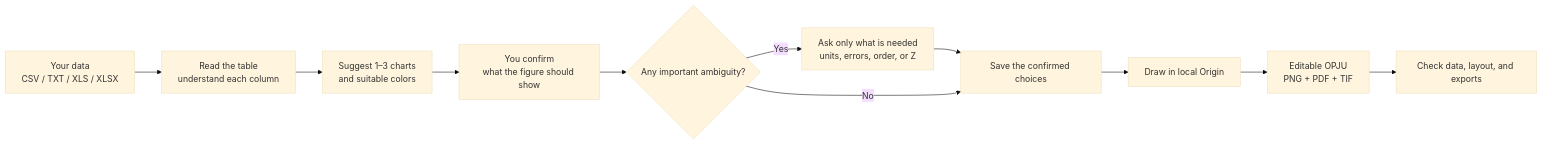
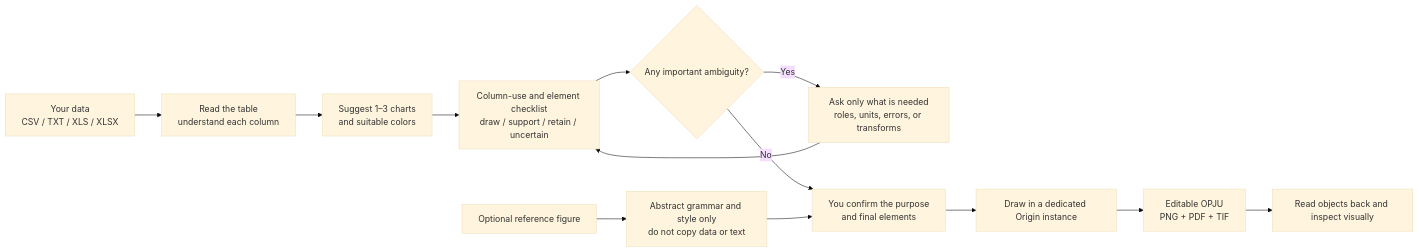
The diagram in README.en.md (hang-jin/editaplot), drawn with Mermaid (base theme) before and after one commit. The commit also changed other lines of this file and 81 other files, not shown here.

````diff
--- a/README.en.md
+++ b/README.en.md
@@ -28,13 +29,15 @@
 ```mermaid
 flowchart LR
     A["Your data<br>CSV / TXT / XLS / XLSX"] --> B["Read the table<br>understand each column"]
     B --> C["Suggest 1–3 charts<br>and suitable colors"]
-    C --> D["You confirm<br>what the figure should show"]
+    C --> D["Column-use and element checklist<br>draw / support / retain / uncertain"]
     D --> E{"Any important ambiguity?"}
-    E -- Yes --> F["Ask only what is needed<br>units, errors, order, or Z"]
-    F --> G["Save the confirmed choices"]
-    E -- No --> G
-    G --> H["Draw in local Origin"]
+    E -- Yes --> F["Ask only what is needed<br>roles, units, errors, or transforms"]
+    F --> D
+    E -- No --> G["You confirm the purpose<br>and final elements"]
+    R["Optional reference figure"] --> S["Abstract grammar and style only<br>do not copy data or text"]
+    S --> G
+    G --> H["Draw in a dedicated Origin instance"]
     H --> I["Editable OPJU<br>PNG + PDF + TIF"]
-    I --> J["Check data, layout, and exports"]
+    I --> J["Read objects back and inspect visually"]
 ```
````
